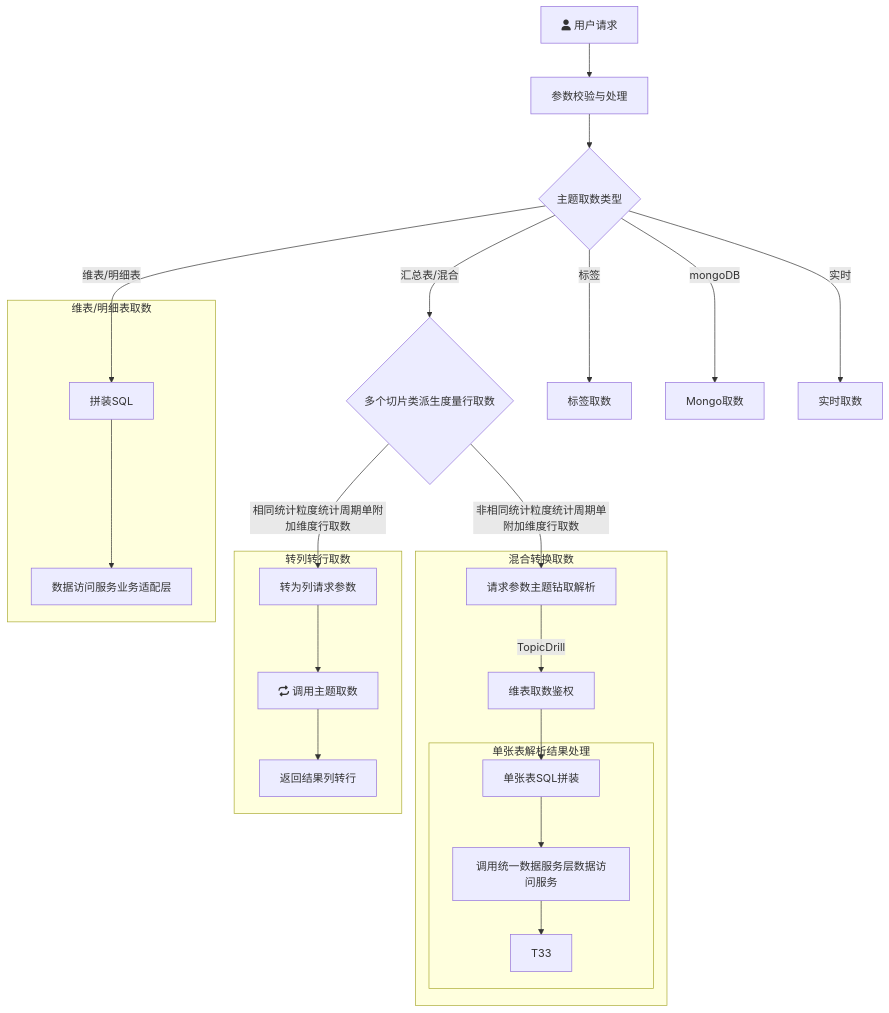
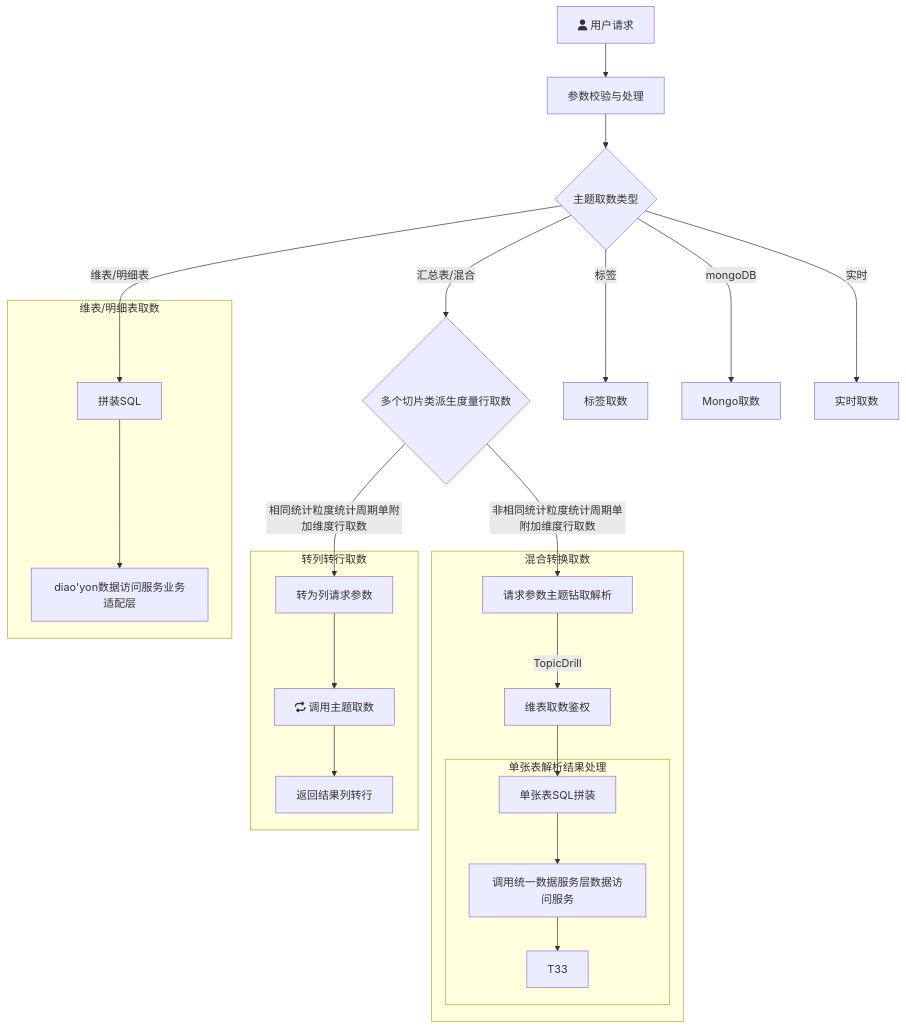
The diagram in all/未命名.md (yanglosm/iodraw-files), drawn with Mermaid before and after one commit.

Commit message:
2024-11-29 18:55:49 update

````diff
--- a/all/未命名.md
+++ b/all/未命名.md
@@ -1,23 +1,23 @@
 ```mermaid
 flowchart TD
     A[fa:fa-user 用户请求] -->A1[参数校验与处理] --> B{主题取数类型}
     B -->|维表/明细表| D[拼装SQL]
     B -->|汇总表/混合| E{多个切片类派生度量行取数}
     B -->|标签| F[标签取数]
     B -->|mongoDB| G[Mongo取数]
     B -->|实时| H[实时取数]
     E -->|相同统计粒度统计周期单附加维度行取数| E1[转为列请求参数]
     E -->|非相同统计粒度统计周期单附加维度行取数| T1[请求参数主题钻取解析]
     subgraph 维表/明细表取数
-    D-->D1[数据访问服务业务适配层]
+    D-->D1[diao'yon数据访问服务业务适配层]
     end
     subgraph 转列转行取数
     E1-->E11[fa:fa-repeat 调用主题取数]-->E12[返回结果列转行]
     end
     subgraph 混合转换取数
     T1-->|TopicDrill| T2[维表取数鉴权] --> T31[单张表SQL拼装]
         subgraph 单张表解析结果处理
         T31 --> T32[调用统一数据服务层数据访问服务] --> T33
         end
     end
 ```
````
